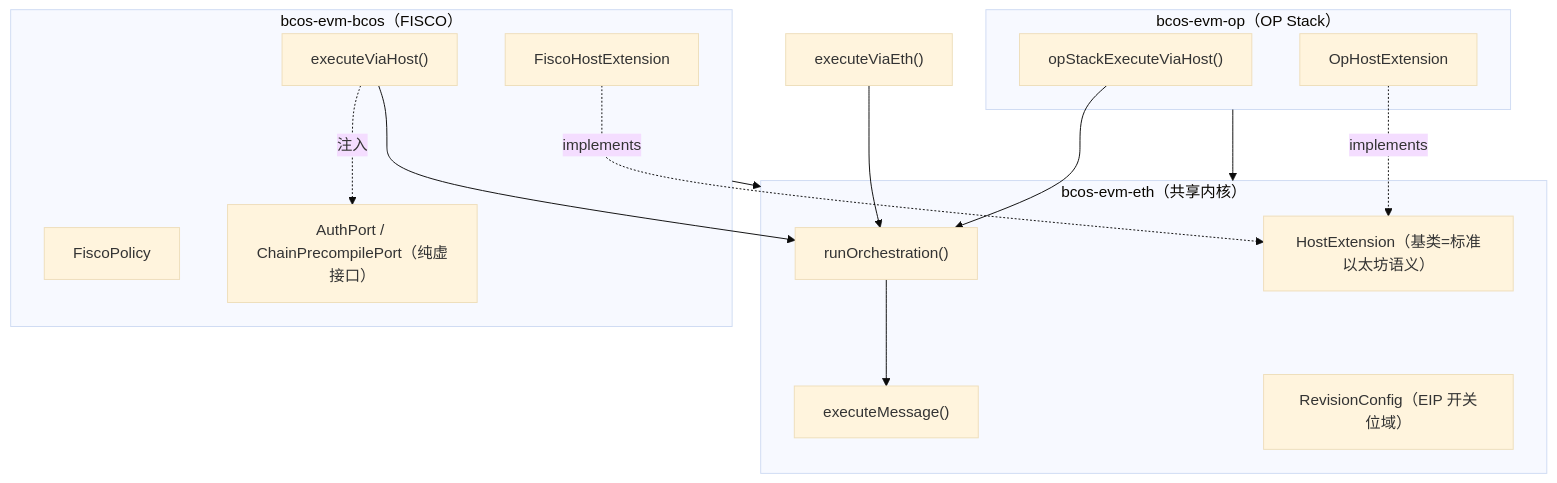
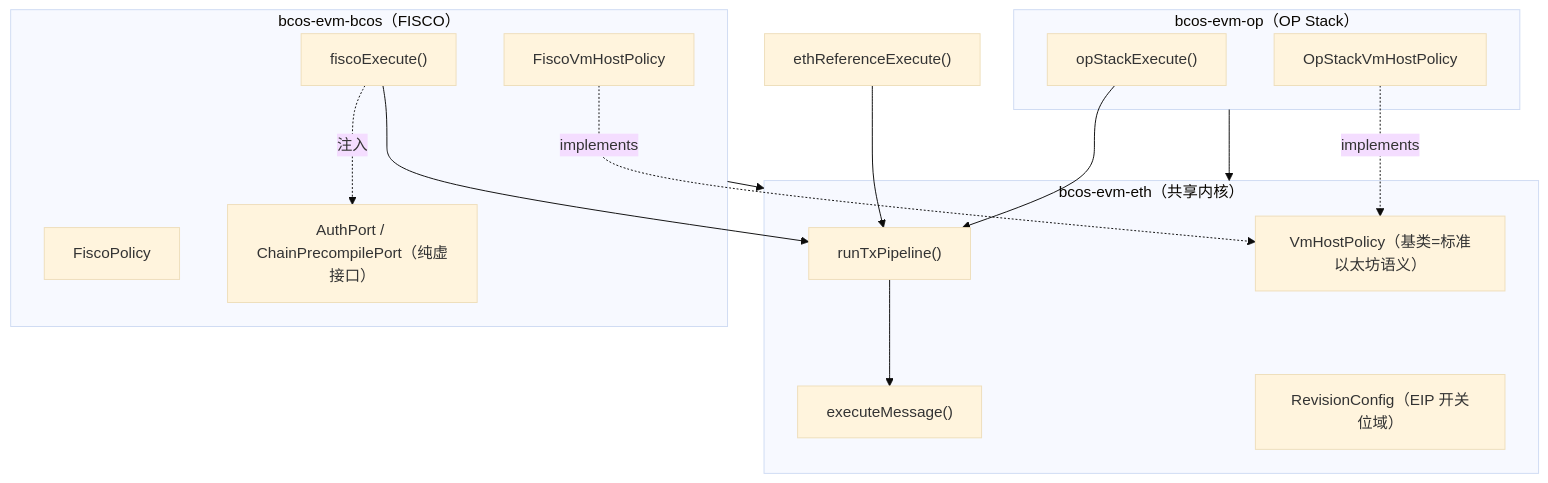
Before and after one commit to ywy2090/FISCO-BCOS: the diagram in bcos-evm/docs/architecture-overview.md, drawn with Mermaid (base theme). The commit also changed other lines of this file and 144 other files, not shown here.

````diff
--- a/bcos-evm/docs/architecture-overview.md
+++ b/bcos-evm/docs/architecture-overview.md
@@ -36,28 +36,28 @@
 ```mermaid
 graph TD
     subgraph kernel["bcos-evm-eth（共享内核）"]
-        RO["runOrchestration()"]
+        RO["runTxPipeline()"]
         EM["executeMessage()"]
-        HE["HostExtension（基类=标准以太坊语义）"]
+        VHP["VmHostPolicy（基类=标准以太坊语义）"]
         RC["RevisionConfig（EIP 开关位域）"]
     end
     subgraph bcos["bcos-evm-bcos（FISCO）"]
-        EVH["executeViaHost()"]
-        FHE["FiscoHostExtension"]
+        FEB["fiscoExecute()"]
+        FVP["FiscoVmHostPolicy"]
         FP["FiscoPolicy"]
         PORTS["AuthPort / ChainPrecompilePort（纯虚接口）"]
     end
     subgraph op["bcos-evm-op（OP Stack）"]
-        OEVH["opStackExecuteViaHost()"]
-        OHE["OpHostExtension"]
+        OEB["opStackExecute()"]
+        OVP["OpStackVmHostPolicy"]
     end
-    ETH["executeViaEth()"] --> RO
-    EVH --> RO
-    OEVH --> RO
+    ETH["ethReferenceExecute()"] --> RO
+    FEB --> RO
+    OEB --> RO
     RO --> EM
-    FHE -.implements.-> HE
-    OHE -.implements.-> HE
-    EVH -. 注入 .-> PORTS
+    FVP -.implements.-> VHP
+    OVP -.implements.-> VHP
+    FEB -. 注入 .-> PORTS
     bcos --> kernel
     op --> kernel
 ```
````
